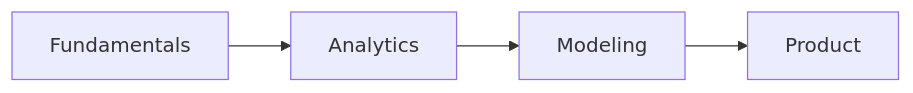
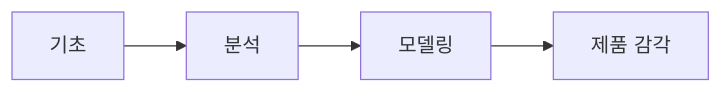
Before and after one commit to yeongseon-books/book-content: the diagram in content/data-science-career-101/ko/03-learning-path.md, drawn with Mermaid. The commit also changed other lines of this file and 9 other files, not shown here.

````diff
--- a/content/data-science-career-101/ko/03-learning-path.md
+++ b/content/data-science-career-101/ko/03-learning-path.md
@@ -33,6 +41,6 @@
 ```mermaid
 flowchart LR
-    F[Fundamentals] --> A[Analytics]
-    A --> M[Modeling]
-    M --> P[Product]
+    F[기초] --> A[분석]
+    A --> M[모델링]
+    M --> P[제품 감각]
 ```
````
